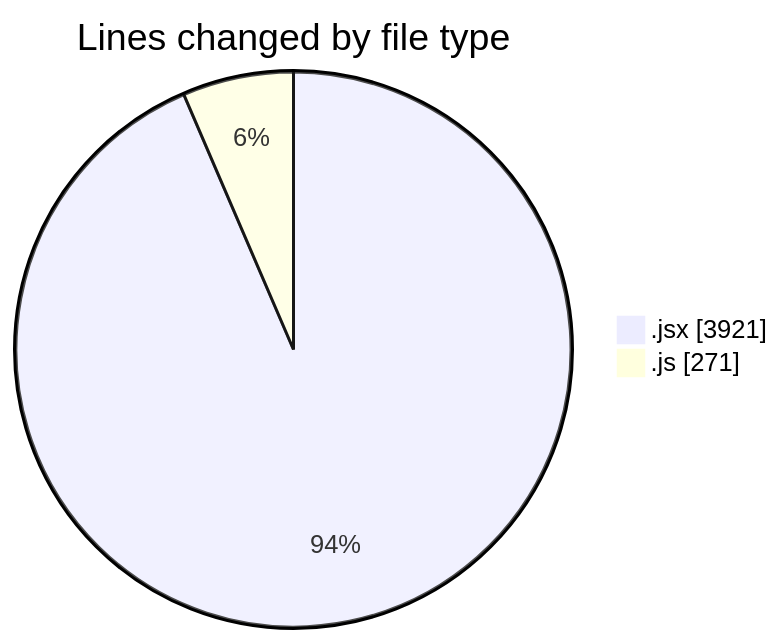
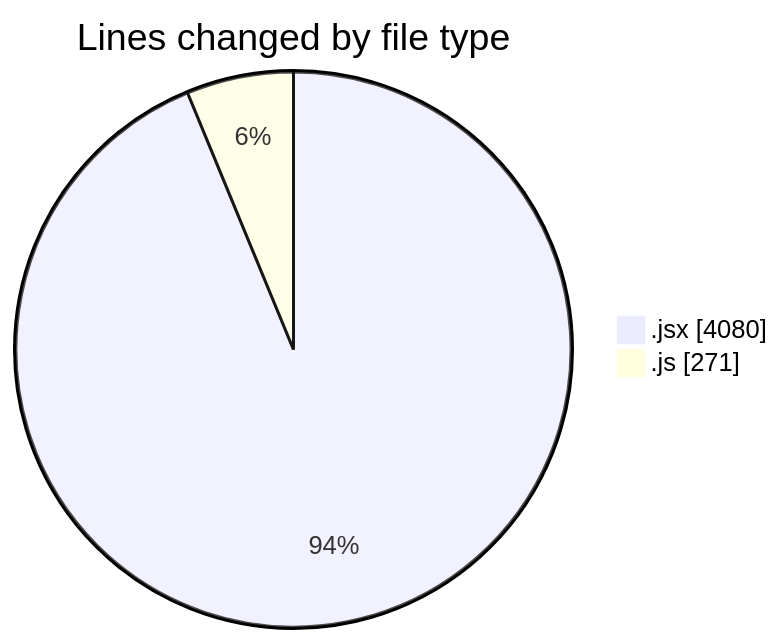
One commit to nxtqubesakshisongat/code-tracking changed the first of 2 diagrams in 2025-05-19/nxtqube_webapp/README.md. Above: the diagram before and after it, drawn with Mermaid. The commit also changed other lines of this file and 1 other file, not shown here.

````diff
--- a/2025-05-19/nxtqube_webapp/README.md
+++ b/2025-05-19/nxtqube_webapp/README.md
@@ -28,6 +28,6 @@
 ```mermaid
 pie showData
 title Lines changed by file type
-".jsx" : 3921
+".jsx" : 4080
 ".js" : 271
 ```
````
